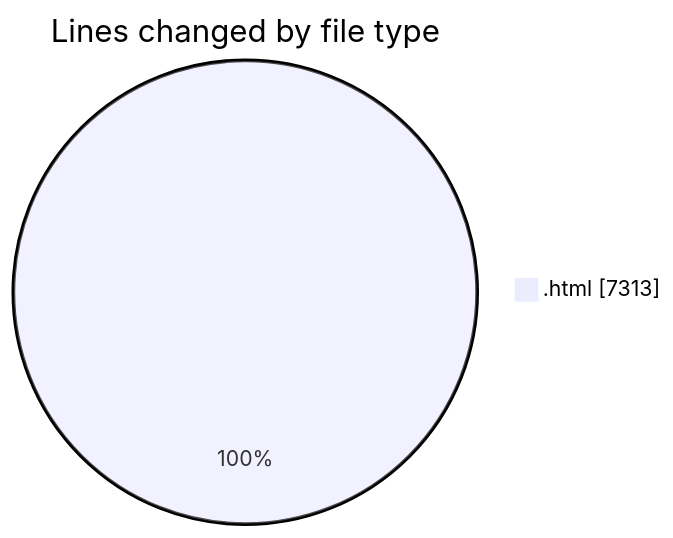
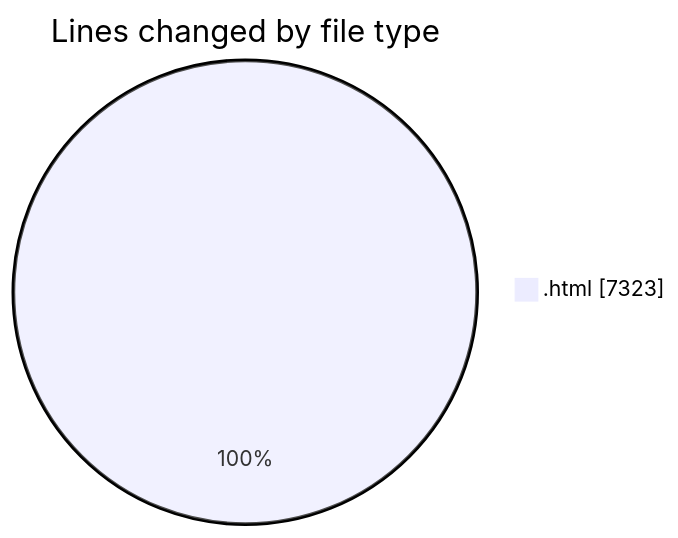
One commit to LanceThiago/code-tracking changed the first of 2 diagrams in 2025-04-24/desktop/README.md. Above: the diagram before and after it, drawn with Mermaid. The commit also changed other lines of this file and 1 other file, not shown here.

````diff
--- a/2025-04-24/desktop/README.md
+++ b/2025-04-24/desktop/README.md
@@ -20,5 +20,5 @@
 ```mermaid
 pie showData
 title Lines changed by file type
-".html" : 7313
+".html" : 7323
 ```
````
